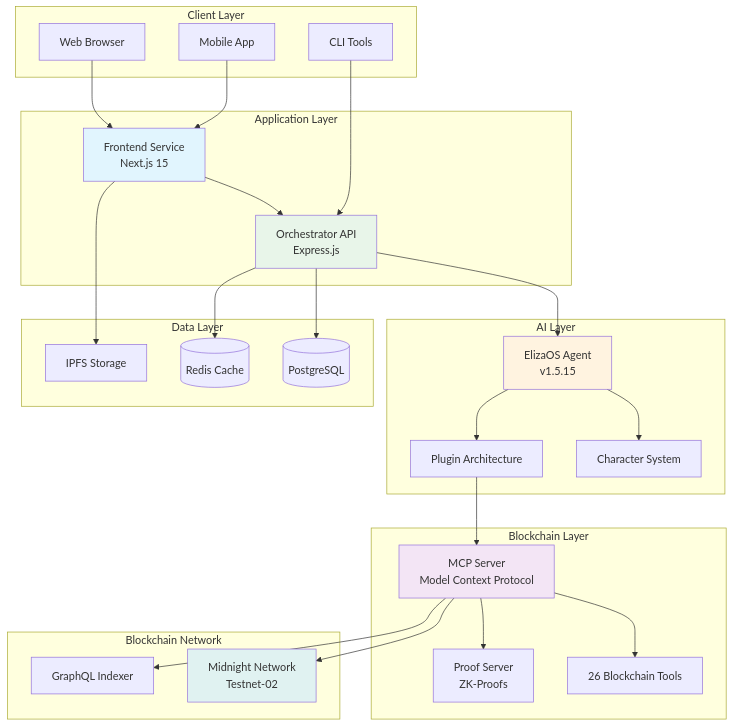
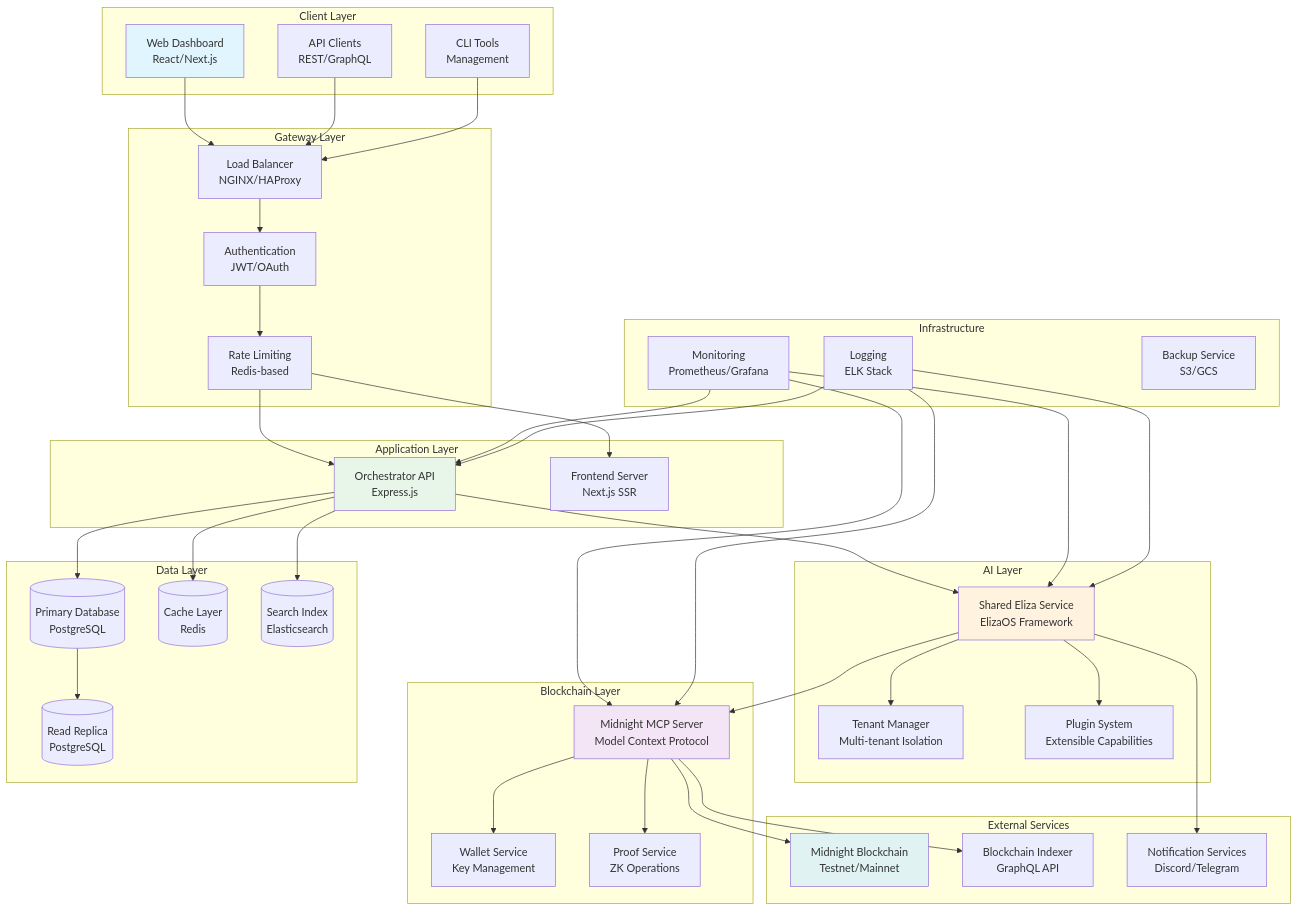
The first of 11 diagrams in docs/architecture.md (Midnight-OS/MidnightOS), drawn with Mermaid before and after one commit. The commit also changed other lines of this file and 11 other files, not shown here.

````diff
--- a/docs/architecture.md
+++ b/docs/architecture.md
@@ -18,61 +11,90 @@
 ```mermaid
 graph TB
     subgraph "Client Layer"
-        Web[Web Browser]
-        Mobile[Mobile App]
-        CLI[CLI Tools]
+        WEB["Web Dashboard<br/>React/Next.js"]
+        API_CLIENT["API Clients<br/>REST/GraphQL"]
+        CLI["CLI Tools<br/>Management"]
+    end
+    
+    subgraph "Gateway Layer"
+        LB["Load Balancer<br/>NGINX/HAProxy"]
+        AUTH["Authentication<br/>JWT/OAuth"]
+        RATE["Rate Limiting<br/>Redis-based"]
     end
     
     subgraph "Application Layer"
-        Frontend[Frontend Service<br/>Next.js 15]
-        Orchestrator[Orchestrator API<br/>Express.js]
+        ORCHESTRATOR["Orchestrator API<br/>Express.js"]
+        FRONTEND["Frontend Server<br/>Next.js SSR"]
     end
     
     subgraph "AI Layer"
-        ElizaAgent[ElizaOS Agent<br/>v1.5.15]
-        Character[Character System]
-        Plugins[Plugin Architecture]
+        ELIZA["Shared Eliza Service<br/>ElizaOS Framework"]
+        TENANTS["Tenant Manager<br/>Multi-tenant Isolation"]
+        PLUGINS["Plugin System<br/>Extensible Capabilities"]
     end
     
     subgraph "Blockchain Layer"
-        MCP[MCP Server<br/>Model Context Protocol]
-        Tools[26 Blockchain Tools]
-        Proof[Proof Server<br/>ZK-Proofs]
+        MCP["Midnight MCP Server<br/>Model Context Protocol"]
+        WALLET["Wallet Service<br/>Key Management"]
+        PROOF["Proof Service<br/>ZK Operations"]
     end
     
     subgraph "Data Layer"
-        Postgres[(PostgreSQL)]
-        Redis[(Redis Cache)]
-        IPFS[IPFS Storage]
+        PRIMARY[(Primary Database<br/>PostgreSQL)]
+        REPLICA[(Read Replica<br/>PostgreSQL)]
+        CACHE[(Cache Layer<br/>Redis)]
+        SEARCH[(Search Index<br/>Elasticsearch)]
     end
     
-    subgraph "Blockchain Network"
-        Midnight[Midnight Network<br/>Testnet-02]
-        Indexer[GraphQL Indexer]
+    subgraph "External Services"
+        MIDNIGHT["Midnight Blockchain<br/>Testnet/Mainnet"]
+        INDEXER["Blockchain Indexer<br/>GraphQL API"]
+        NOTIFICATIONS["Notification Services<br/>Discord/Telegram"]
     end
     
-    Web --> Frontend
-    Mobile --> Frontend
-    CLI --> Orchestrator
+    subgraph "Infrastructure"
+        MONITORING["Monitoring<br/>Prometheus/Grafana"]
+        LOGGING["Logging<br/>ELK Stack"]
+        BACKUP["Backup Service<br/>S3/GCS"]
+    end
     
-    Frontend --> Orchestrator
-    Orchestrator --> ElizaAgent
-    ElizaAgent --> Character
-    ElizaAgent --> Plugins
-    Plugins --> MCP
-    MCP --> Tools
-    MCP --> Proof
+    WEB --> LB
+    API_CLIENT --> LB
+    CLI --> LB
     
-    Orchestrator --> Postgres
-    Orchestrator --> Redis
-    Frontend --> IPFS
+    LB --> AUTH
+    AUTH --> RATE
+    RATE --> ORCHESTRATOR
+    RATE --> FRONTEND
     
-    MCP --> Midnight
-    MCP --> Indexer
+    ORCHESTRATOR --> ELIZA
+    ORCHESTRATOR --> PRIMARY
+    ORCHESTRATOR --> CACHE
     
-    style Frontend fill:#e1f5fe
-    style Orchestrator fill:#e8f5e9
-    style ElizaAgent fill:#fff3e0
+    ELIZA --> TENANTS
+    ELIZA --> PLUGINS
+    ELIZA --> MCP
+    
+    MCP --> WALLET
+    MCP --> PROOF
+    MCP --> MIDNIGHT
+    MCP --> INDEXER
+    
+    PRIMARY --> REPLICA
+    ORCHESTRATOR --> SEARCH
+    
+    ELIZA --> NOTIFICATIONS
+    
+    MONITORING --> ORCHESTRATOR
+    MONITORING --> ELIZA
+    MONITORING --> MCP
+    LOGGING --> ORCHESTRATOR
+    LOGGING --> ELIZA
+    LOGGING --> MCP
+    
+    style WEB fill:#e1f5fe
+    style ORCHESTRATOR fill:#e8f5e9
+    style ELIZA fill:#fff3e0
     style MCP fill:#f3e5f5
-    style Midnight fill:#e0f2f1
+    style MIDNIGHT fill:#e0f2f1
 ```
````
